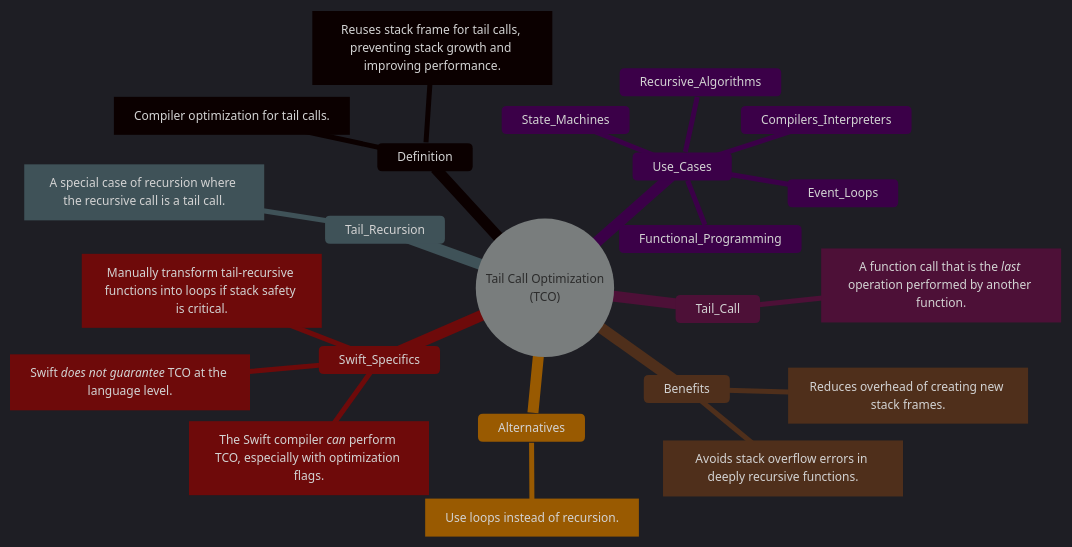
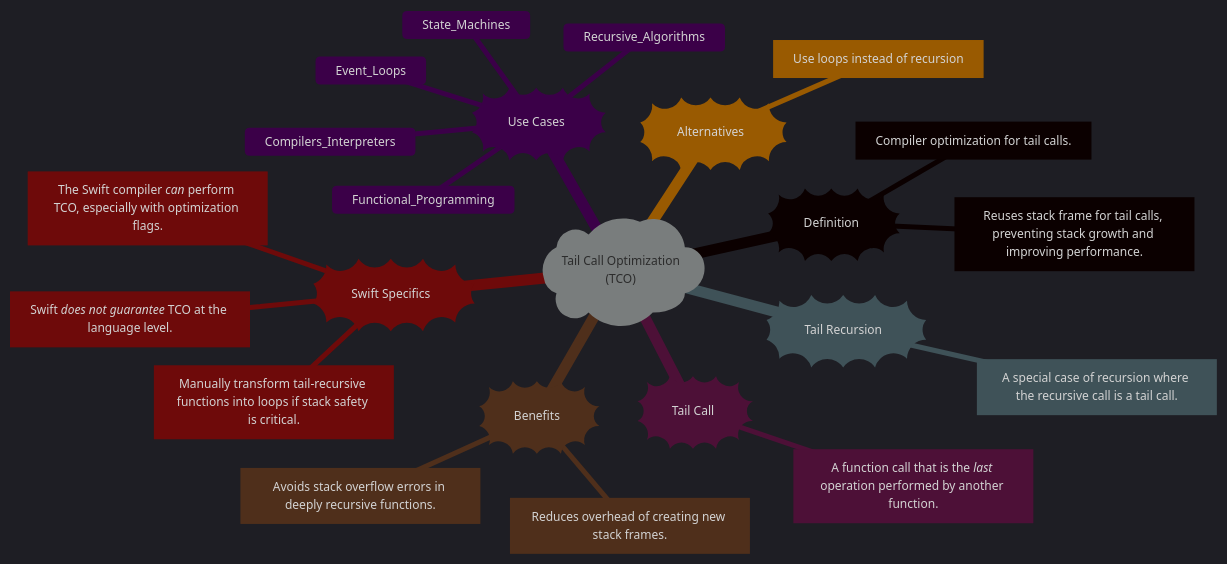
Before and after one commit to CongLeSolutionX/AlgoVerse: the fifth of 5 diagrams in Patterns_Bridging_Math_ComputerScience_Nature_and_Beyond/Tail_Call_Optimization.md, drawn with Mermaid.

````diff
--- a/Patterns_Bridging_Math_ComputerScience_Nature_and_Beyond/Tail_Call_Optimization.md
+++ b/Patterns_Bridging_Math_ComputerScience_Nature_and_Beyond/Tail_Call_Optimization.md
@@ -332,45 +332,45 @@
 ```mermaid
 ---
 title: "Tail Call Optimization - Key Terms and Summary"
 author: "Cong Le"
 version: "1.0"
 license(s): "MIT, CC BY 4.0"
 copyright: "Copyright (c) 2025 Cong Le. All Rights Reserved."
 config:
   theme: dark
 ---
 %%%%%%%% Mermaid version v11.4.1-b.14
 %%{
   init: {
     'themeVariables': {
       'fontSize': '12px',
       'fontFamily': 'Fantasy'
     }
   }
 }%%
 mindmap
-    root(("Tail Call Optimization<br>(TCO)"))
-      Definition
+    root)"Tail Call Optimization<br>(TCO)"(
+      Definition))"Definition"((
         Short[Compiler optimization for tail calls.]
         Long[Reuses stack frame for tail calls, preventing stack growth and improving performance.]
-      Tail_Call
+      Tail_Call))"Tail Call"((
         Definition[A function call that is the *last* operation performed by another function.]
-      Tail_Recursion
+      Tail_Recursion))"Tail Recursion"((
         Definition[A special case of recursion where the recursive call is a tail call.]
-      Benefits
+      Benefits))"Benefits"((
         Stack_Overflow_Prevention[Avoids stack overflow errors in deeply recursive functions.]
         Performance_Improvement[Reduces overhead of creating new stack frames.]
-      Swift_Specifics
+      Swift_Specifics))"Swift Specifics"((
         Available[The Swift compiler *can* perform TCO, especially with optimization flags.]
         Not_Guaranteed[Swift *does not guarantee* TCO at the language level.]
         Workaround[Manually transform tail-recursive functions into loops if stack safety is critical.]
-      Use_Cases
+      Use_Cases))"Use Cases"((
         Recursive_Algorithms
         Functional_Programming
         Compilers_Interpreters
         State_Machines
         Event_Loops
-      Alternatives
-        Iterative_Solutions[Use loops instead of recursion.]
+      Alternatives))"Alternatives"((
+        Iterative_Solutions[Use loops instead of recursion]
         
 ```
````
